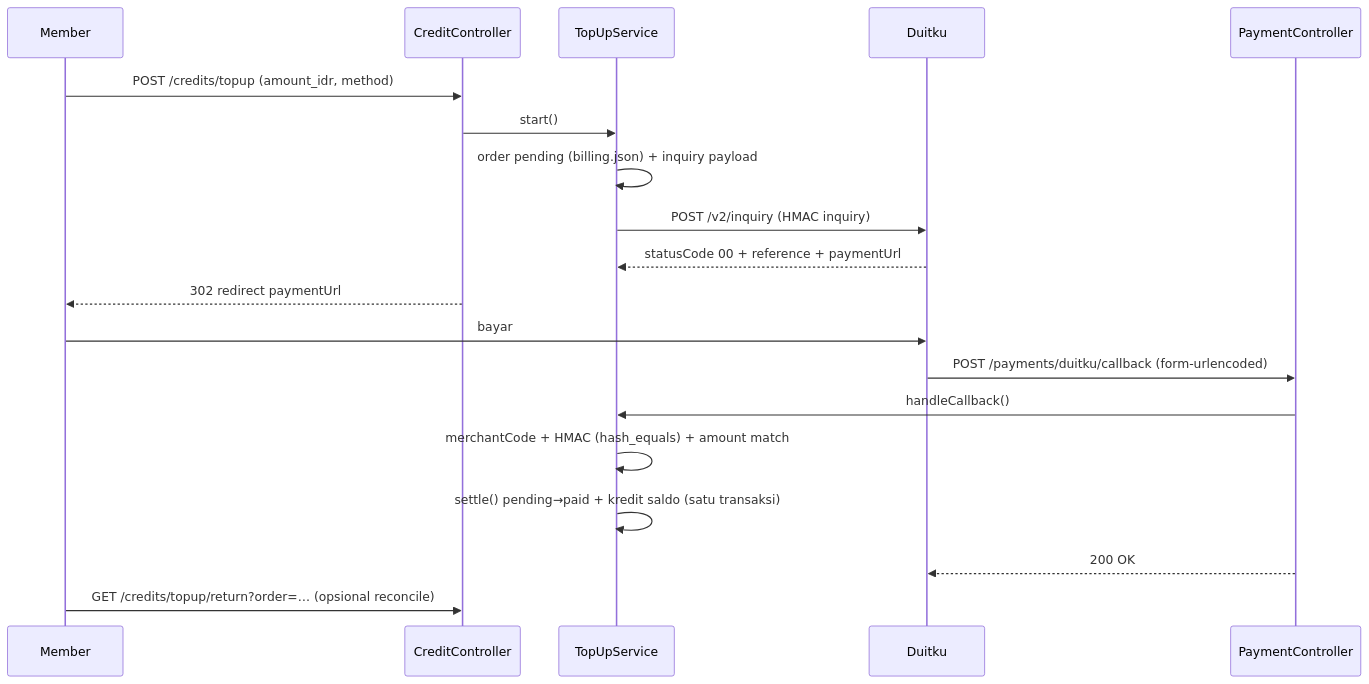
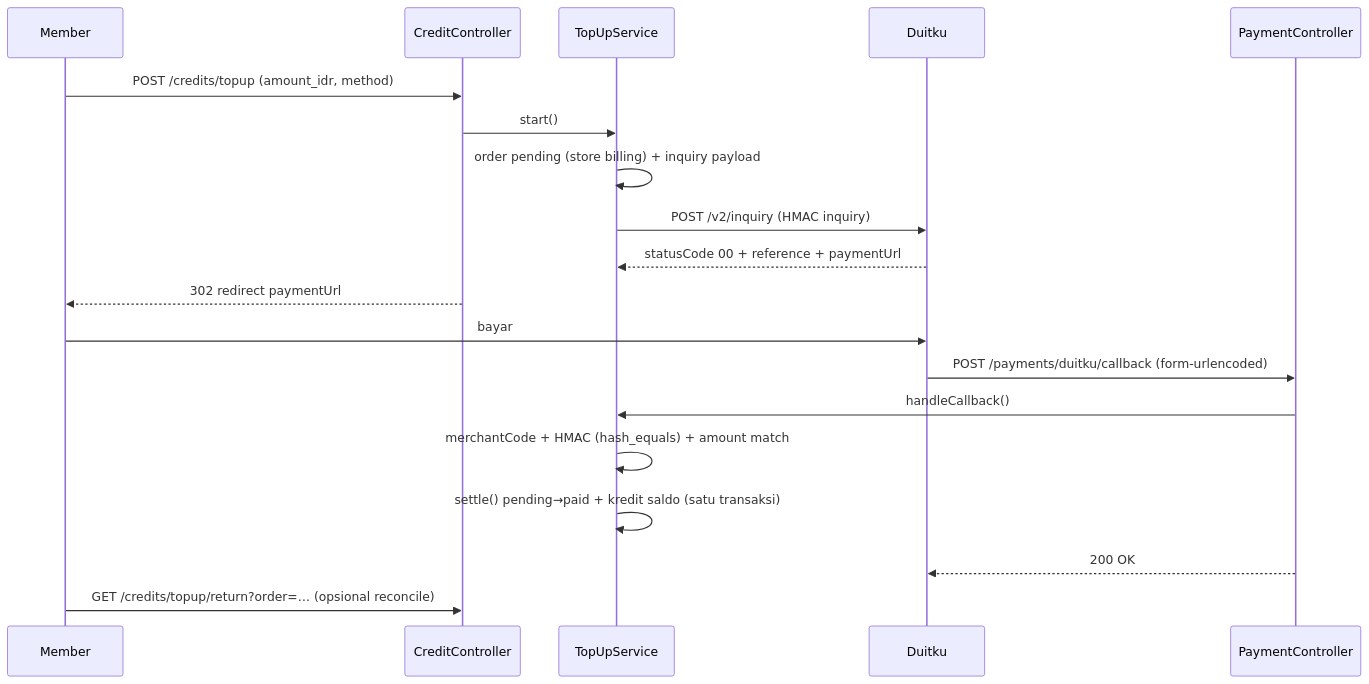
Before and after one commit to yllumi/rames: the eighth of 9 diagrams in ARCHITECTURE.md, drawn with Mermaid. The commit also changed other lines of this file and 78 other files, not shown here.

````diff
--- a/ARCHITECTURE.md
+++ b/ARCHITECTURE.md
@@ -831,21 +843,21 @@
 ```mermaid
 sequenceDiagram
     participant M as Member
     participant C as CreditController
     participant S as TopUpService
     participant D as Duitku
     participant P as PaymentController
     M->>C: POST /credits/topup (amount_idr, method)
     C->>S: start()
-    S->>S: order pending (billing.json) + inquiry payload
+    S->>S: order pending (store billing) + inquiry payload
     S->>D: POST /v2/inquiry (HMAC inquiry)
     D-->>S: statusCode 00 + reference + paymentUrl
     C-->>M: 302 redirect paymentUrl
     M->>D: bayar
     D->>P: POST /payments/duitku/callback (form-urlencoded)
     P->>S: handleCallback()
     S->>S: merchantCode + HMAC (hash_equals) + amount match
     S->>S: settle() pending→paid + kredit saldo (satu transaksi)
     P-->>D: 200 OK
     M->>C: GET /credits/topup/return?order=… (opsional reconcile)
 ```
````
